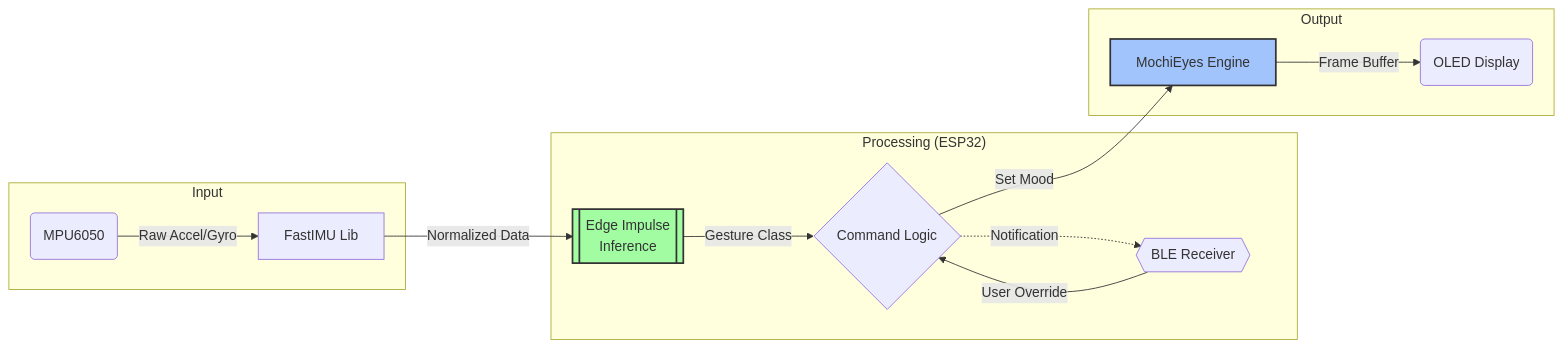
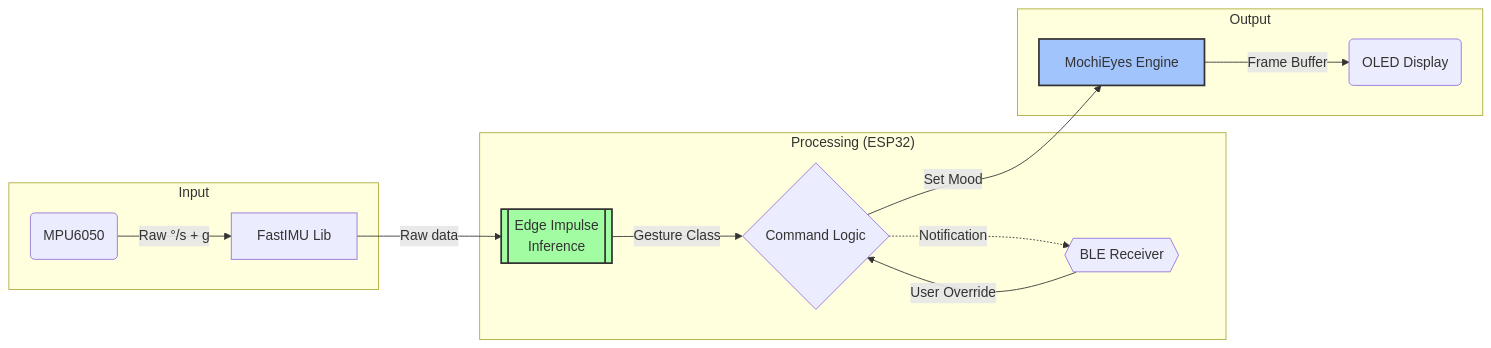
The second of 2 diagrams in README.md (sanicxt/Leor), drawn with Mermaid before and after one commit. The commit also changed other lines of this file, not shown here.

Commit message:
docs: Update README with expanded device support, detailed power management, new features like BLE OTA and breathing effect, and improved architecture/installation guides.

````diff
--- a/README.md
+++ b/README.md
@@ -114,22 +150,22 @@
 ```mermaid
 flowchart LR
     subgraph Input
-        IMU(MPU6050) -->|Raw Accel/Gyro| FastIMU[FastIMU Lib]
+        IMU(MPU6050) -->|Raw °/s + g| FastIMU[FastIMU Lib]
     end
 
     subgraph "Processing (ESP32)"
-        FastIMU -->|Normalized Data| EI[[Edge Impulse<br>Inference]]
+        FastIMU -->|Raw data| EI[[Edge Impulse<br>Inference]]
         EI -->|Gesture Class| Logic{Command Logic}
         BLE{{BLE Receiver}} -->|User Override| Logic
     end
 
     subgraph Output
         Logic -->|Set Mood| Mochi[MochiEyes Engine]
         Mochi -->|Frame Buffer| OLED(OLED Display)
         Logic -.->|Notification| BLE
     end
 
     style EI fill:#a2fca2,stroke:#333,stroke-width:2px
     style Mochi fill:#a2c4fc,stroke:#333,stroke-width:2px
 
 ```
````
